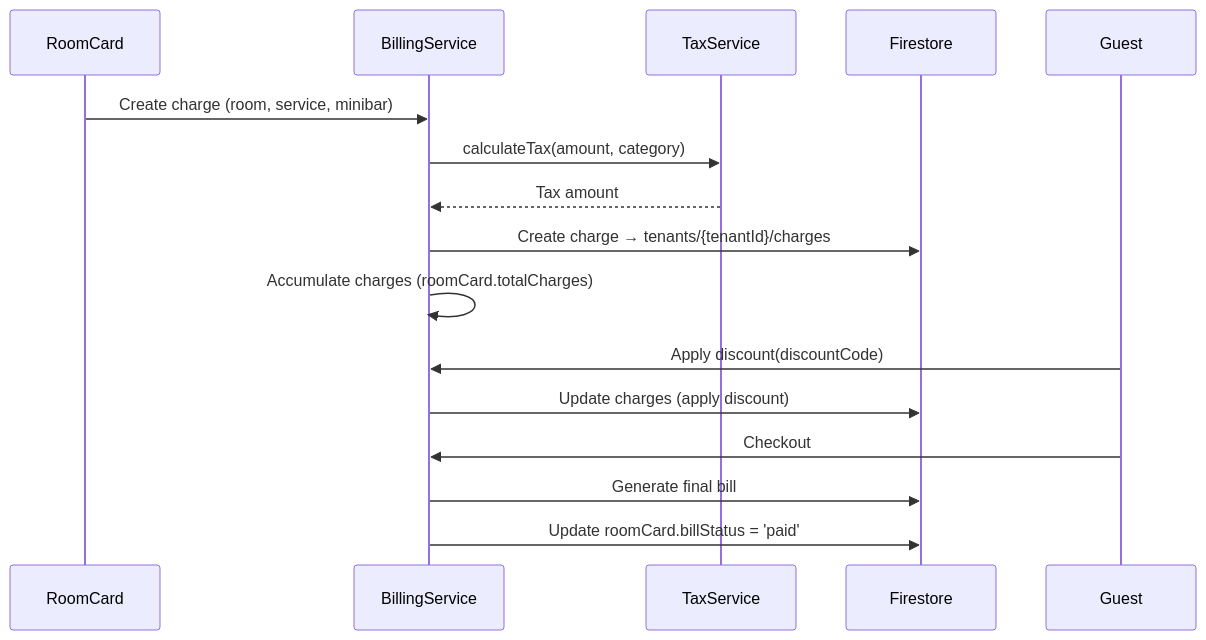
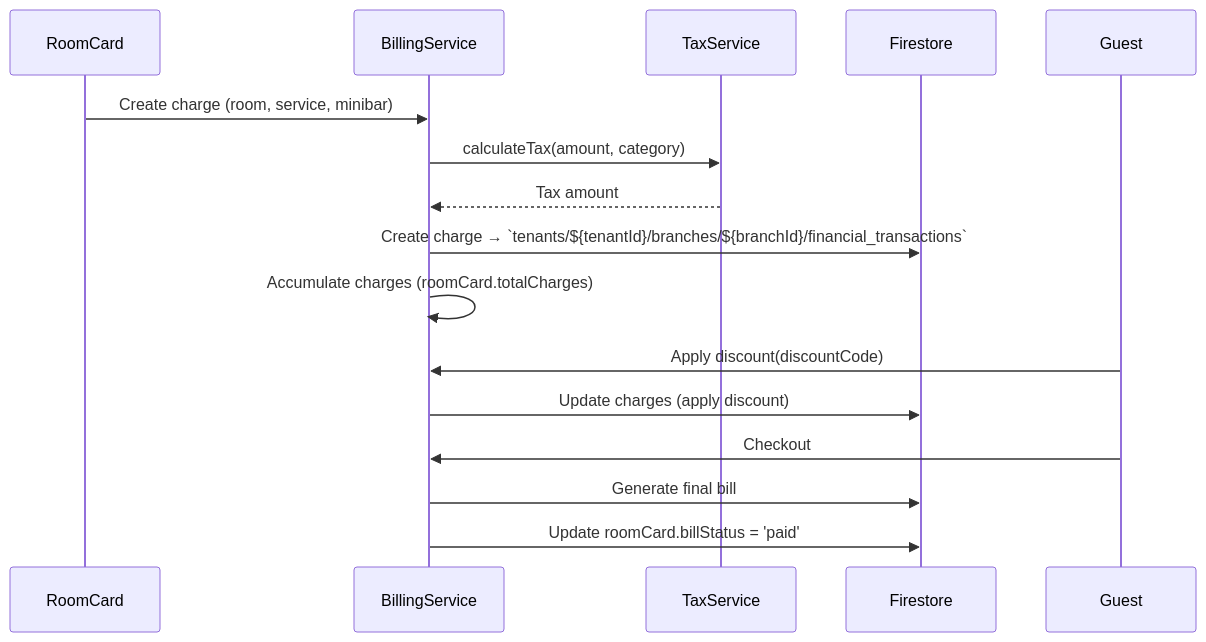
Diagram 21 of 25 in DATA_FLOW_DOCUMENTATION.md (77aayy/Adora-System2026), drawn with Mermaid before and after one commit. The commit also changed other lines of this file and 15 other files, not shown here.

First line of the commit message:
fix: Critical Security & Data Flow fixes - Clean Dev Comments

````diff
--- a/DATA_FLOW_DOCUMENTATION.md
+++ b/DATA_FLOW_DOCUMENTATION.md
@@ -838,22 +839,22 @@
 ```mermaid
 sequenceDiagram
     participant RoomCard
     participant BillingService
     participant TaxService
     participant Firestore
     participant Guest
 
     RoomCard->>BillingService: Create charge (room, service, minibar)
     BillingService->>TaxService: calculateTax(amount, category)
     TaxService-->>BillingService: Tax amount
-    BillingService->>Firestore: Create charge → tenants/{tenantId}/charges
+    BillingService->>Firestore: Create charge → `tenants/${tenantId}/branches/${branchId}/financial_transactions`
     
     BillingService->>BillingService: Accumulate charges (roomCard.totalCharges)
     
     Guest->>BillingService: Apply discount(discountCode)
     BillingService->>Firestore: Update charges (apply discount)
     
     Guest->>BillingService: Checkout
     BillingService->>Firestore: Generate final bill
     BillingService->>Firestore: Update roomCard.billStatus = 'paid'
 ```
````
